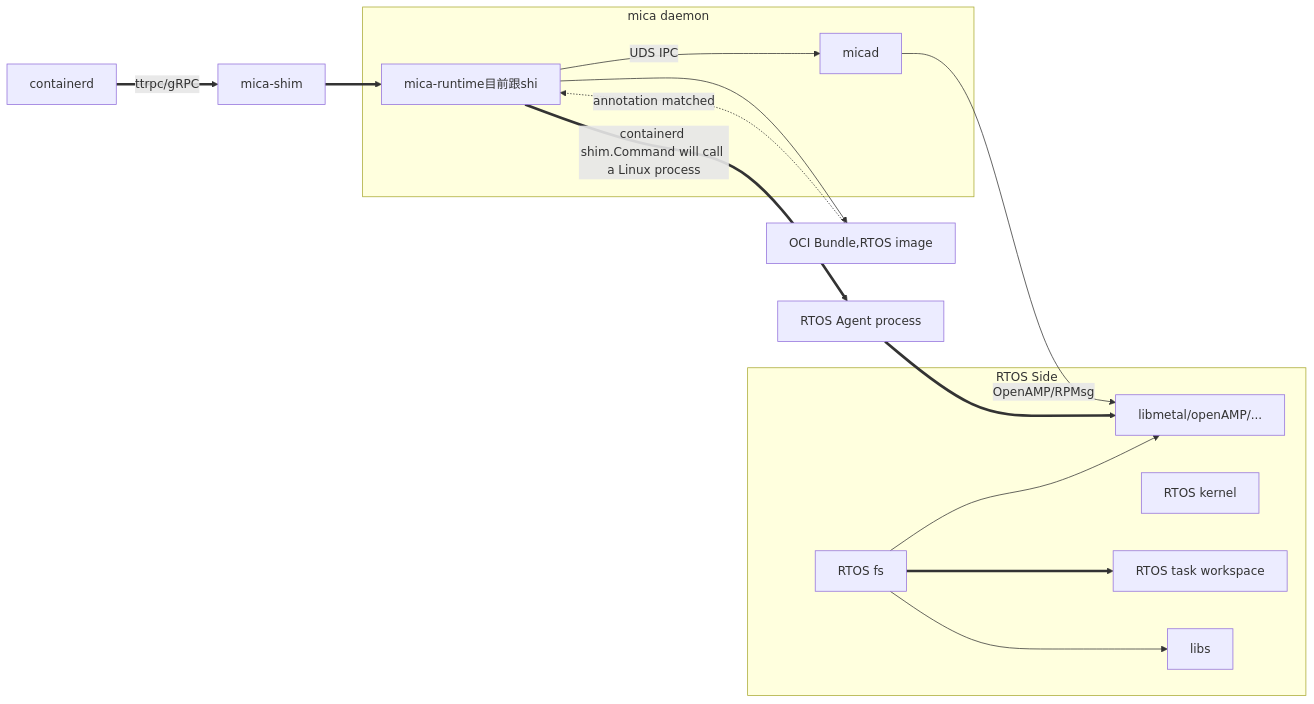
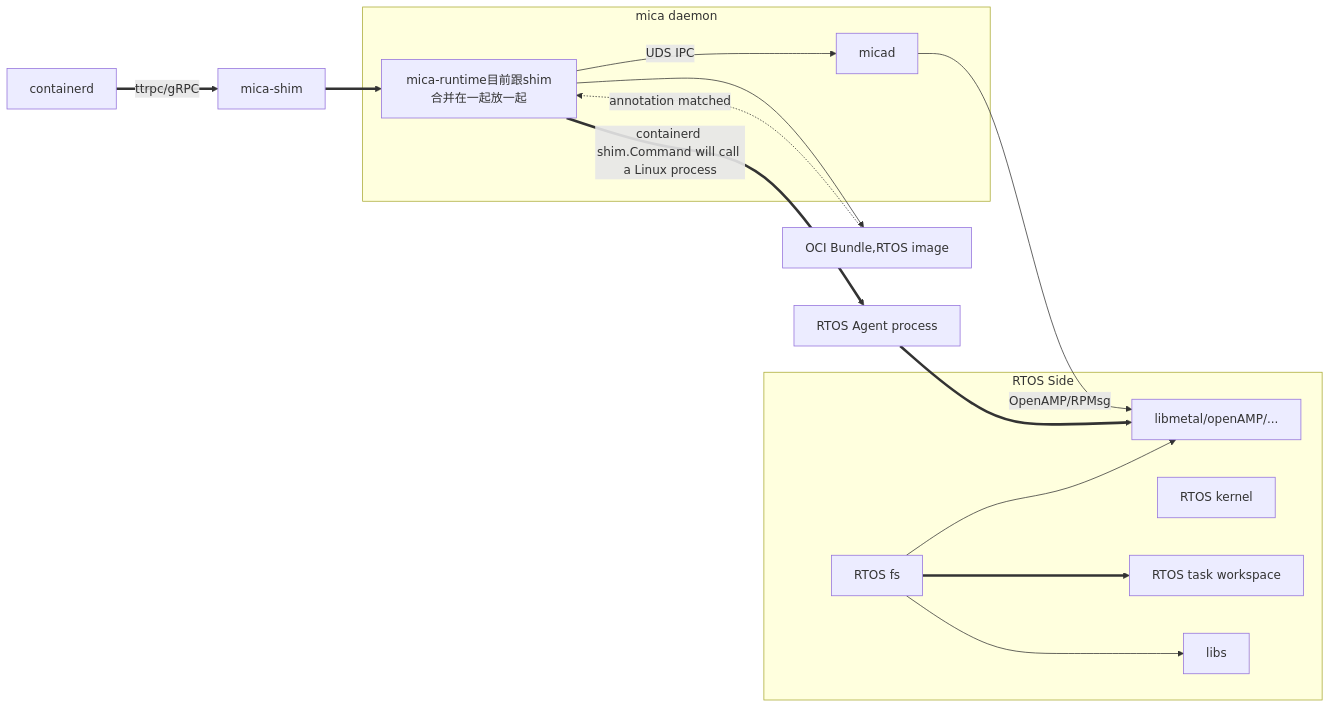
The diagram in all/未命名.md (Egg12138/iodraw-files), drawn with Mermaid before and after one commit.

Commit message:
2025-06-23 09:21:55 update

````diff
--- a/all/未命名.md
+++ b/all/未命名.md
@@ -1,24 +1,24 @@
 ```mermaid
 graph LR
     CD[containerd] ==>|ttrpc/gRPC| S
     S[mica-shim] ==> MR
-    MR[mica-runtime目前跟shi] -->|UDS IPC| A[micad]
+    MR[mica-runtime目前跟shim合并在一起放一起] -->|UDS IPC| A[micad]
     MR -->C[OCI Bundle,RTOS image]
     MR ==>|containerd shim.Command will call a Linux process|AG[RTOS Agent process]
     A -->|OpenAMP/RPMsg| B[RTOS Remote Core]
     C -.->|annotation matched| MR
     AG ==>B
     subgraph RTOS Side
         K[RTOS kernel]
         B[libmetal/openAMP/...]
         D[RTOS fs] ==> E
         D --> L[libs]
         D --> B
         E[RTOS task workspace]
     end
 
     subgraph mica daemon
         A
         MR
     end
 ```
````
